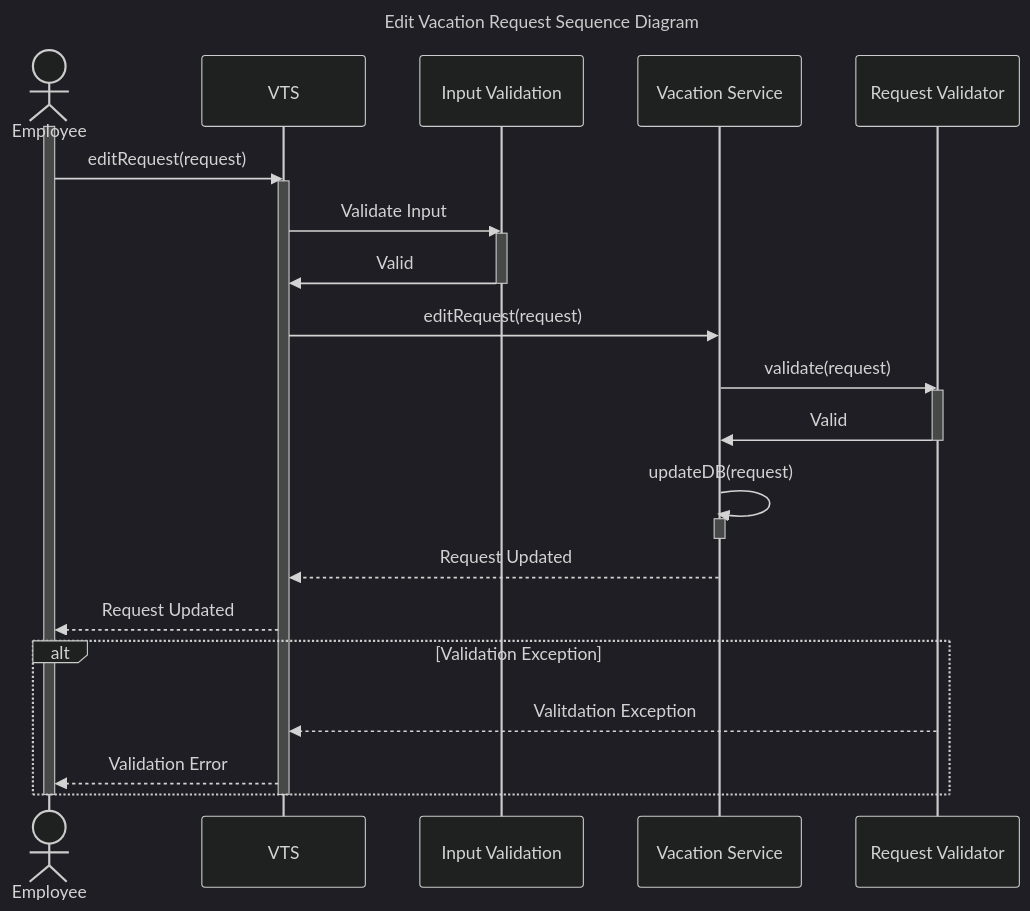
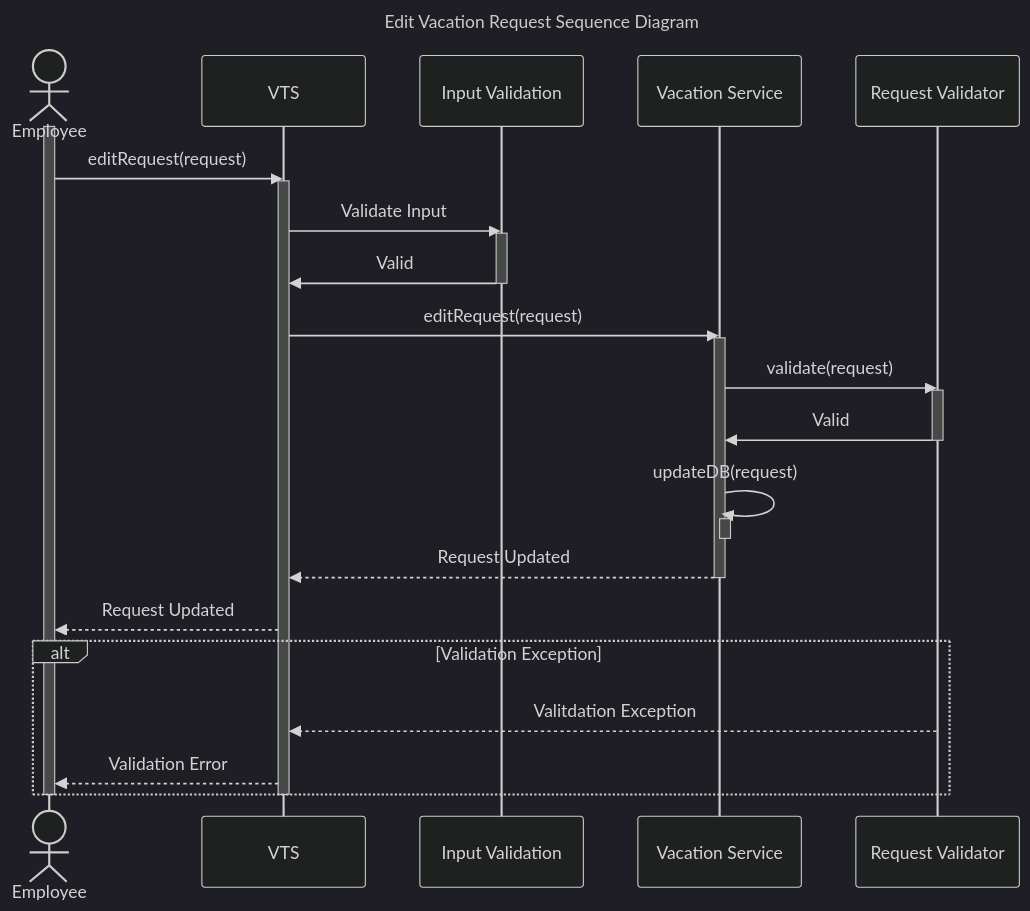
One commit to Abdelfattah97/VTS changed the fifth of 7 diagrams in design.md. Above: the diagram before and after it, drawn with Mermaid (dark theme). The commit also changed other lines of this file and 3 other files, not shown here.

Commit message:
Enahnced Sequence Diagrams , Added Cancel And Withdraw Request (Pseudo&Seq)

````diff
--- a/design.md
+++ b/design.md
@@ -336,43 +341,39 @@
 ```mermaid
 sequenceDiagram
     title Edit Vacation Request Sequence Diagram
 
     Actor Employee
     participant VTS
     participant Input Validation
     participant Vacation Service
     participant Request Validator
 
     activate Employee
         Employee ->> VTS: editRequest(request)
         activate VTS
         VTS ->> Input Validation: Validate Input
            activate Input Validation
             Input Validation ->> VTS: Valid
             deactivate Input Validation
-
             VTS ->> Vacation Service: editRequest(request)
+            Activate Vacation Service
             Vacation Service ->>Request Validator:validate(request)
             activate Request Validator
 
                 Request Validator ->> Vacation Service: Valid
                 deactivate Request Validator
 
                 Vacation Service ->> Vacation Service: updateDB(request)
                 activate Vacation Service
                 deactivate Vacation Service
                Vacation Service -->> VTS: Request Updated
+               Deactivate Vacation Service
                 VTS -->> Employee: Request Updated
             alt Validation Exception
                 Request Validator -->> VTS: Valitdation Exception
                 VTS -->> Employee: Validation Error
             end
-
-
-
-
-
     deactivate VTS
     deactivate Employee
 
 ```
````
